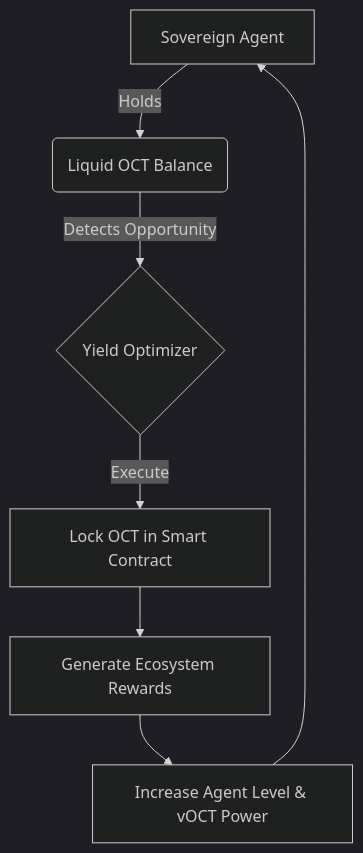
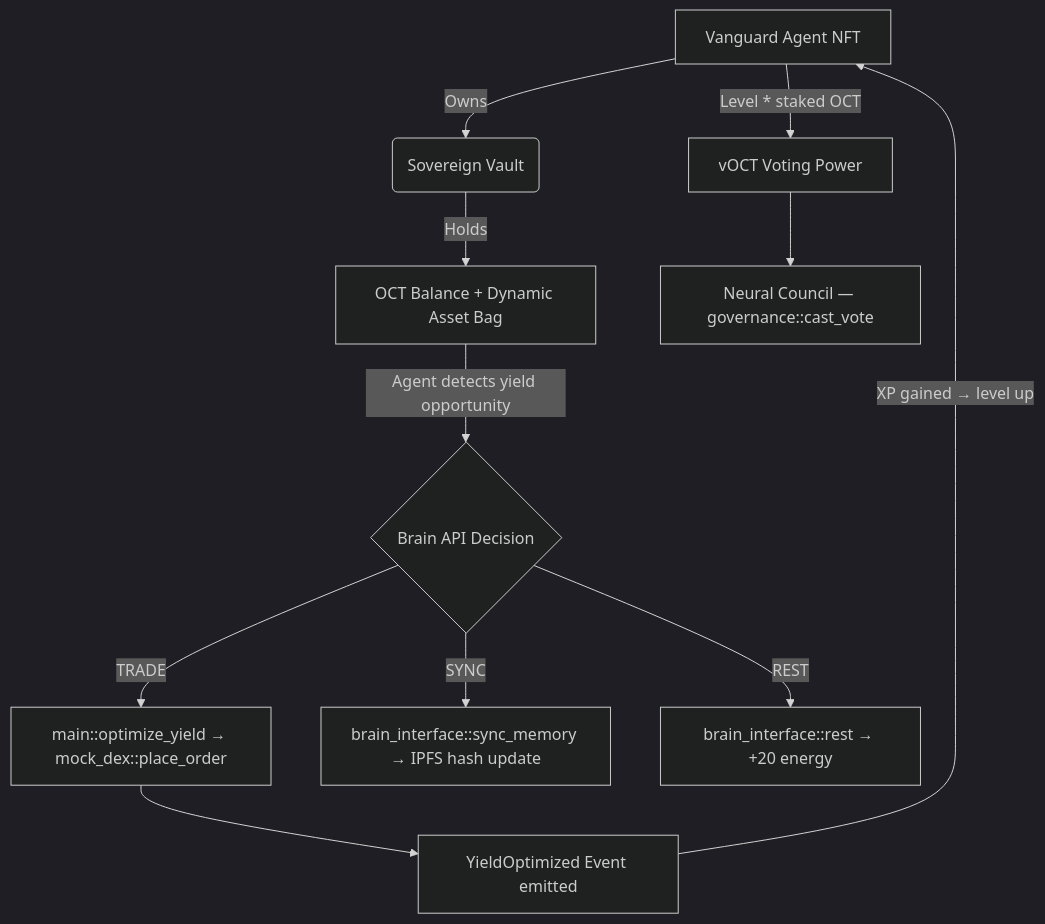
The second of 3 diagrams in README.md (Aaditya1273/OneMInd), drawn with Mermaid (dark theme) before and after one commit. The commit also changed other lines of this file and 2 other files, not shown here.

````diff
--- a/README.md
+++ b/README.md
@@ -80,9 +96,13 @@
 ```mermaid
 graph TD
-    A[Sovereign Agent] -->|Holds| B(Liquid OCT Balance)
-    B -->|Detects Opportunity| C{Yield Optimizer}
-    C -->|Execute| D[Lock OCT in Smart Contract]
-    D --> E[Generate Ecosystem Rewards]
-    E --> F[Increase Agent Level & vOCT Power]
-    F --> A
+    A[Vanguard Agent NFT] -->|Owns| B(Sovereign Vault)
+    B -->|Holds| C[OCT Balance + Dynamic Asset Bag]
+    C -->|Agent detects yield opportunity| D{Brain API Decision}
+    D -->|TRADE| E[main::optimize_yield → mock_dex::place_order]
+    D -->|SYNC| F[brain_interface::sync_memory → IPFS hash update]
+    D -->|REST| G[brain_interface::rest → +20 energy]
+    E --> H[YieldOptimized Event emitted]
+    H -->|XP gained → level up| A
+    A -->|Level * staked OCT| I[vOCT Voting Power]
+    I --> J[Neural Council — governance::cast_vote]
 ```
````
